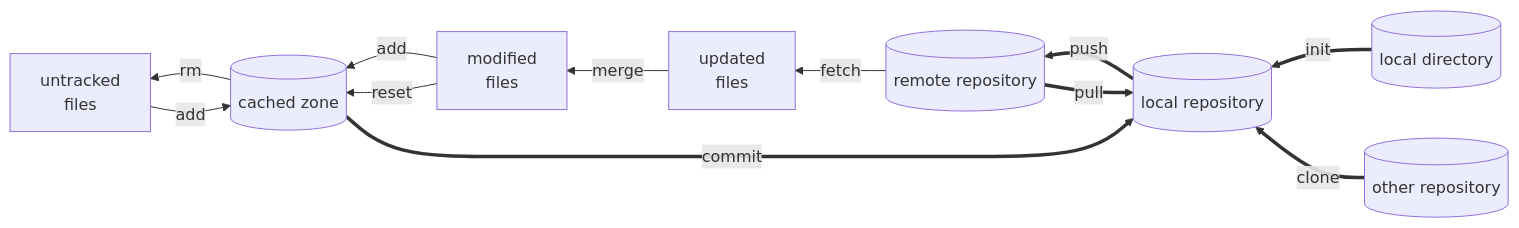
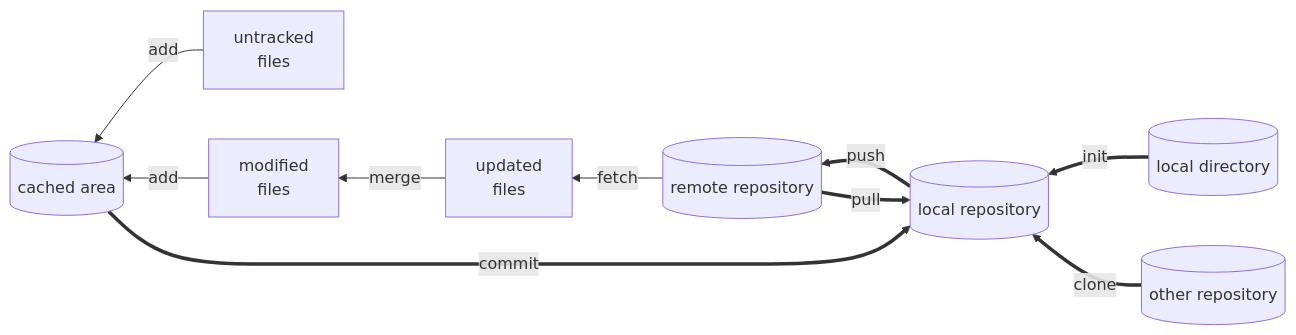
One commit to TBD9rain/quick_ref changed the diagram in git.md. Above: the diagram before and after it, drawn with Mermaid. The commit also changed other lines of this file, not shown here.

````diff
--- a/git.md
+++ b/git.md
@@ -72,34 +72,32 @@
 ```mermaid
 flowchart RL
     local[("local directory")]
 
     other[("other repository")]
 
-    cached[("cached zone")]
+    cached[("cached area")]
 
     committed[("local repository")]
 
     remote[("remote repository")]
 
     cached      ==>|"commit"| committed
     local       ==>|"init"| committed
     other       ==>|"clone"| committed
     committed   ==>|"push"| remote
     remote      ==>|"pull"| committed
 
     untracked["untracked
         files"]
 
     modified["modified
         files"]
 
     updated["updated
         files"]
 
     untracked   -->|"add"| cached
     modified    -->|"add"| cached
-    cached      -->|"rm"| untracked
-    modified    -->|"reset"| cached
     remote      -->|"fetch"| updated
     updated     -->|"merge"| modified
 ```
````
